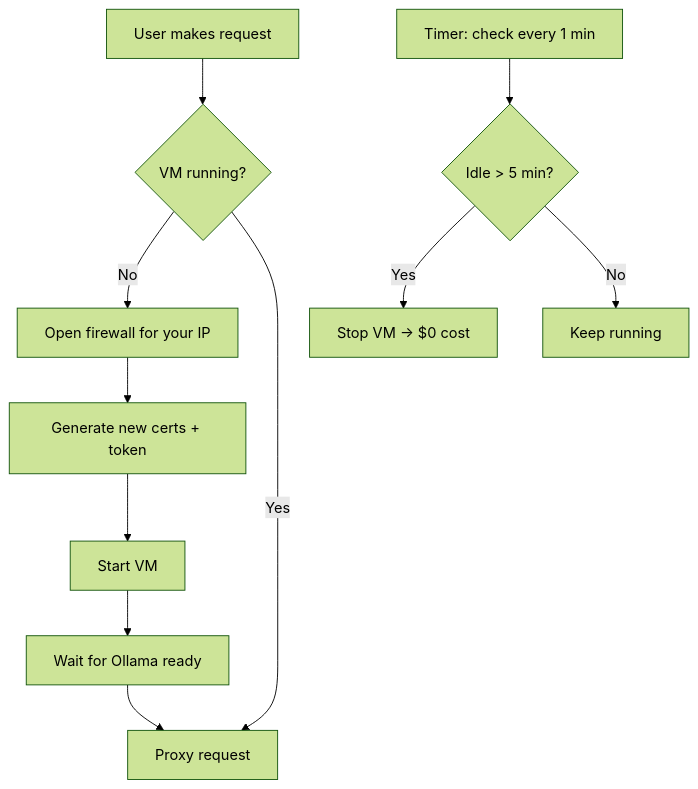
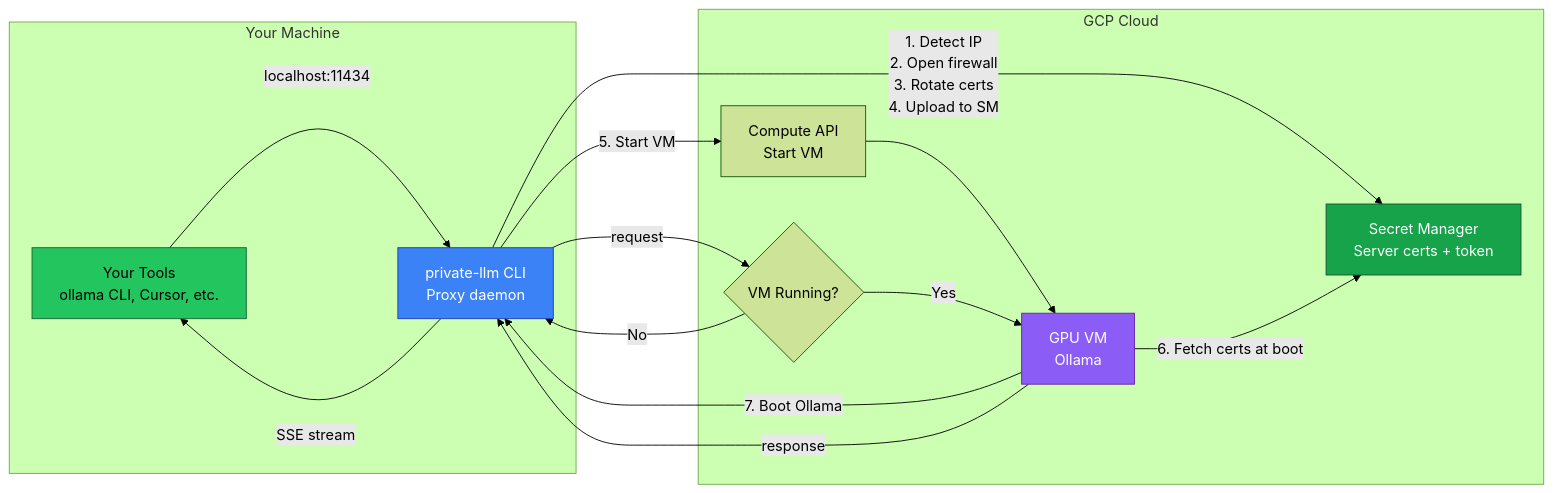
One commit to stewartpark/private-llm changed the first of 2 diagrams in README.md. Above: the diagram before and after it, drawn with Mermaid (forest theme). The commit also changed other lines of this file and 1 other file, not shown here.

````diff
--- a/README.md
+++ b/README.md
@@ -198,15 +92,31 @@
 ```mermaid
-flowchart TD
-    A[User makes request] --> B{VM running?}
-    B -->|No| C[Open firewall for your IP]
-    C --> D[Generate new certs + token]
-    D --> E[Start VM]
-    E --> F[Wait for Ollama ready]
-    F --> G[Proxy request]
+flowchart LR
+    subgraph "Your Machine"
+        A[Your Tools<br/>ollama CLI, Cursor, etc.]
+        B[private-llm CLI<br/>Proxy daemon]
+    end
     
-    B -->|Yes| G
+    subgraph GCP[GCP Cloud]
+        C{VM Running?}
+        D[Compute API<br/>Start VM]
+        E[Secret Manager<br/>Server certs + token]
+        F[GPU VM<br/>Ollama]
+    end
     
-    H[Timer: check every 1 min] --> I{Idle > 5 min?}
-    I -->|Yes| J[Stop VM → $0 cost]
-    I -->|No| K[Keep running]
+    A -->|localhost:11434| B
+    B -->|request| C
+    C -->|No| B
+    B -->|1. Detect IP<br/>2. Open firewall<br/>3. Rotate certs<br/>4. Upload to SM| E
+    B -->|5. Start VM| D
+    D --> F
+    F -->|6. Fetch certs at boot| E
+    F -->|7. Boot Ollama| B
+    C -->|Yes| F
+    F -->|response| B
+    B -->|SSE stream| A
+    
+    style A fill:#22c55e,stroke:#166534
+    style B fill:#3b82f6,stroke:#1e40af,color:white
+    style F fill:#8b5cf6,stroke:#6b21a8,color:white
+    style E fill:#16a34a,stroke:#14532d,color:white
 ```
````
